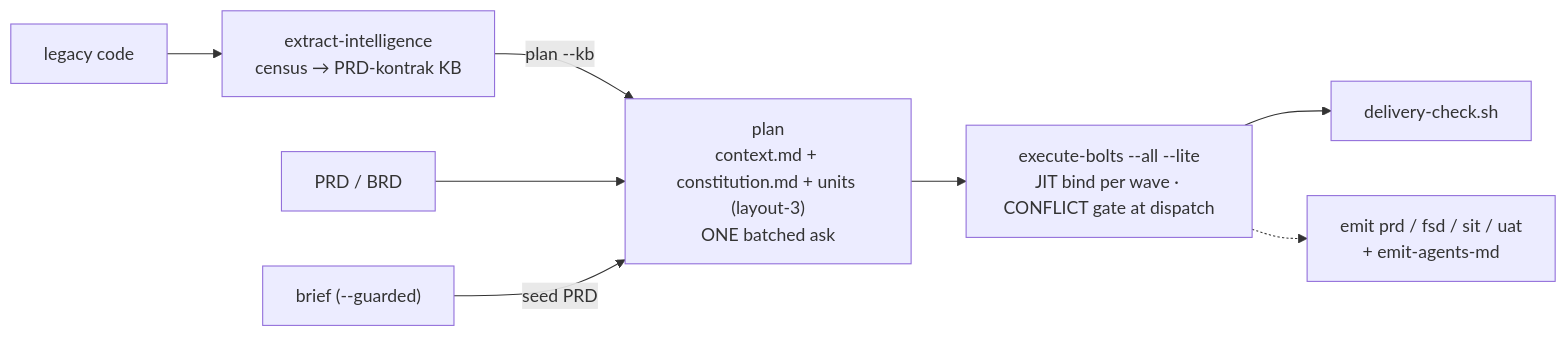
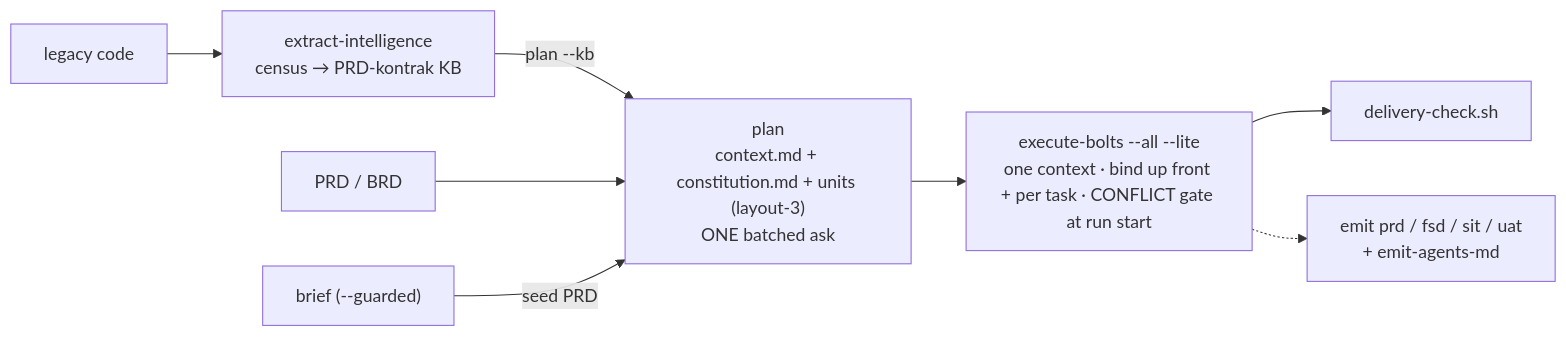
Before and after one commit to FarhanRiuzaki/Mega-SDD: the second of 3 diagrams in plugins/mega-sdd/README.md, drawn with Mermaid. The commit also changed other lines of this file and 62 other files, not shown here.

````diff
--- a/plugins/mega-sdd/README.md
+++ b/plugins/mega-sdd/README.md
@@ -90,10 +90,10 @@
 ```mermaid
 flowchart LR
     LEG[legacy code] --> EXT["extract-intelligence<br/>census → PRD-kontrak KB"]
     EXT -->|"plan --kb"| PL
     PRD[PRD / BRD] --> PL
     BR["brief (--guarded)"] -->|seed PRD| PL
-    PL["plan<br/>context.md + constitution.md + units (layout-3)<br/>ONE batched ask"] --> EB["execute-bolts --all --lite<br/>JIT bind per wave · CONFLICT gate at dispatch"]
+    PL["plan<br/>context.md + constitution.md + units (layout-3)<br/>ONE batched ask"] --> EB["execute-bolts --all --lite<br/>one context · bind up front + per task · CONFLICT gate at run start"]
     EB --> DC[delivery-check.sh]
     EB -.-> EMIT["emit prd / fsd / sit / uat<br/>+ emit-agents-md"]
 ```
````
